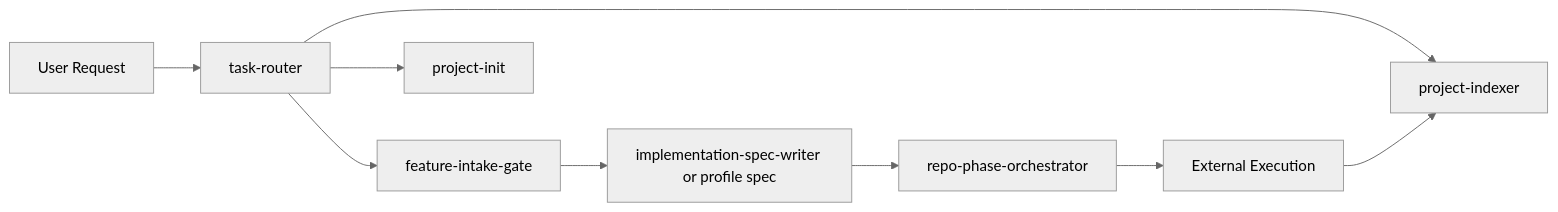
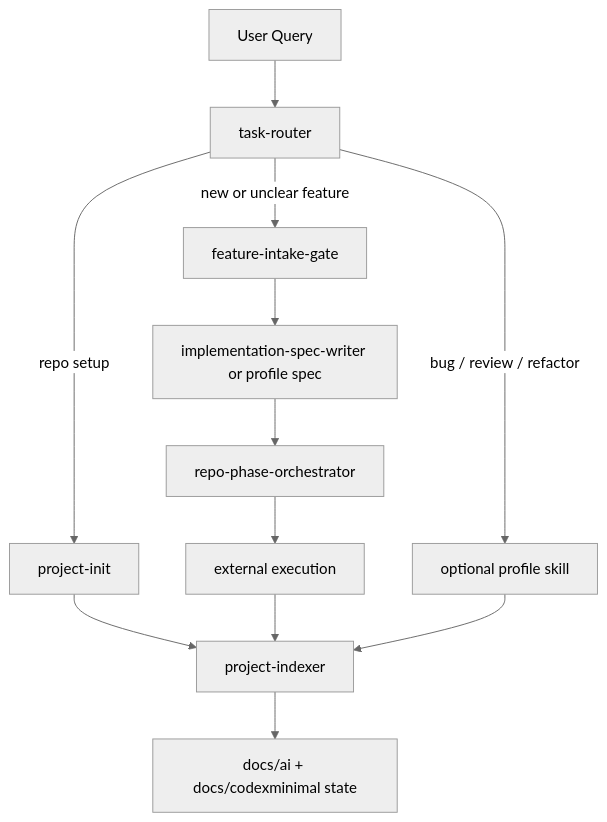
The first of 8 diagrams in README.md (HoanDo95/CodexMinimal), drawn with Mermaid (neutral theme) before and after one commit. The commit also changed other lines of this file and 1 other file, not shown here.

````diff
--- a/README.md
+++ b/README.md
@@ -16,11 +16,18 @@
 ```mermaid
-flowchart LR
-    U[User Request] --> R[task-router]
-    R --> I[feature-intake-gate]
-    R --> B[project-init]
-    R --> X[project-indexer]
-    I --> S[implementation-spec-writer or profile spec]
-    S --> P[repo-phase-orchestrator]
-    P --> E[External Execution]
-    E --> X
+flowchart TB
+    U[User Query] --> R[task-router]
+
+    R -->|repo setup| PI[project-init]
+    PI --> IDX[project-indexer]
+
+    R -->|new or unclear feature| FIG[feature-intake-gate]
+    FIG --> SPEC[implementation-spec-writer or profile spec]
+    SPEC --> PLAN[repo-phase-orchestrator]
+    PLAN --> EXEC[external execution]
+    EXEC --> IDX
+
+    R -->|bug / review / refactor| PROFILE[optional profile skill]
+    PROFILE --> IDX
+
+    IDX --> STATE[docs/ai + docs/codexminimal state]
 ```
````
